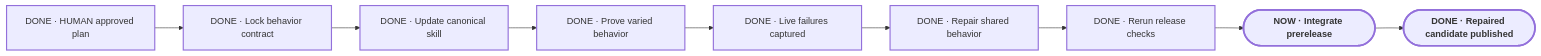
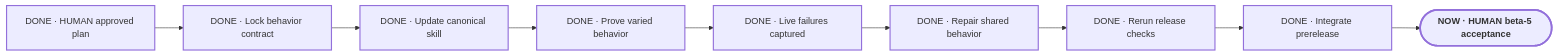
One commit to Pu11en/portable-planner changed the diagram in planning/PLAN-VIEW.md. Above: the diagram before and after it, drawn with Mermaid. The commit also changed other lines of this file and 4 other files, not shown here.

````diff
--- a/planning/PLAN-VIEW.md
+++ b/planning/PLAN-VIEW.md
@@ -13,21 +13,20 @@
 ```mermaid
 flowchart LR
     H["DONE · HUMAN approved plan"]
     E1["DONE · Lock behavior contract"]
     E2["DONE · Update canonical skill"]
     E3["DONE · Prove varied behavior"]
     E4["DONE · Live failures captured"]
     E5["DONE · Repair shared behavior"]
     E6["DONE · Rerun release checks"]
-    E7(["NOW · Integrate prerelease"])
-    D(["DONE · Repaired candidate published"])
+    E7["DONE · Integrate prerelease"]
+    D(["NOW · HUMAN beta-5 acceptance"])
     H --> E1 --> E2 --> E3 --> E4 --> E5 --> E6 --> E7 --> D
 
     classDef current stroke-width:3px,font-weight:700;
     classDef milestone stroke-width:2px;
     classDef proof stroke-width:3px,font-weight:700;
 
-    class E7 current;
-    class H,E1,E2,E3,E4,E5,E6 milestone;
-    class D proof;
+    class D current;
+    class H,E1,E2,E3,E4,E5,E6,E7 milestone;
 ```
````
